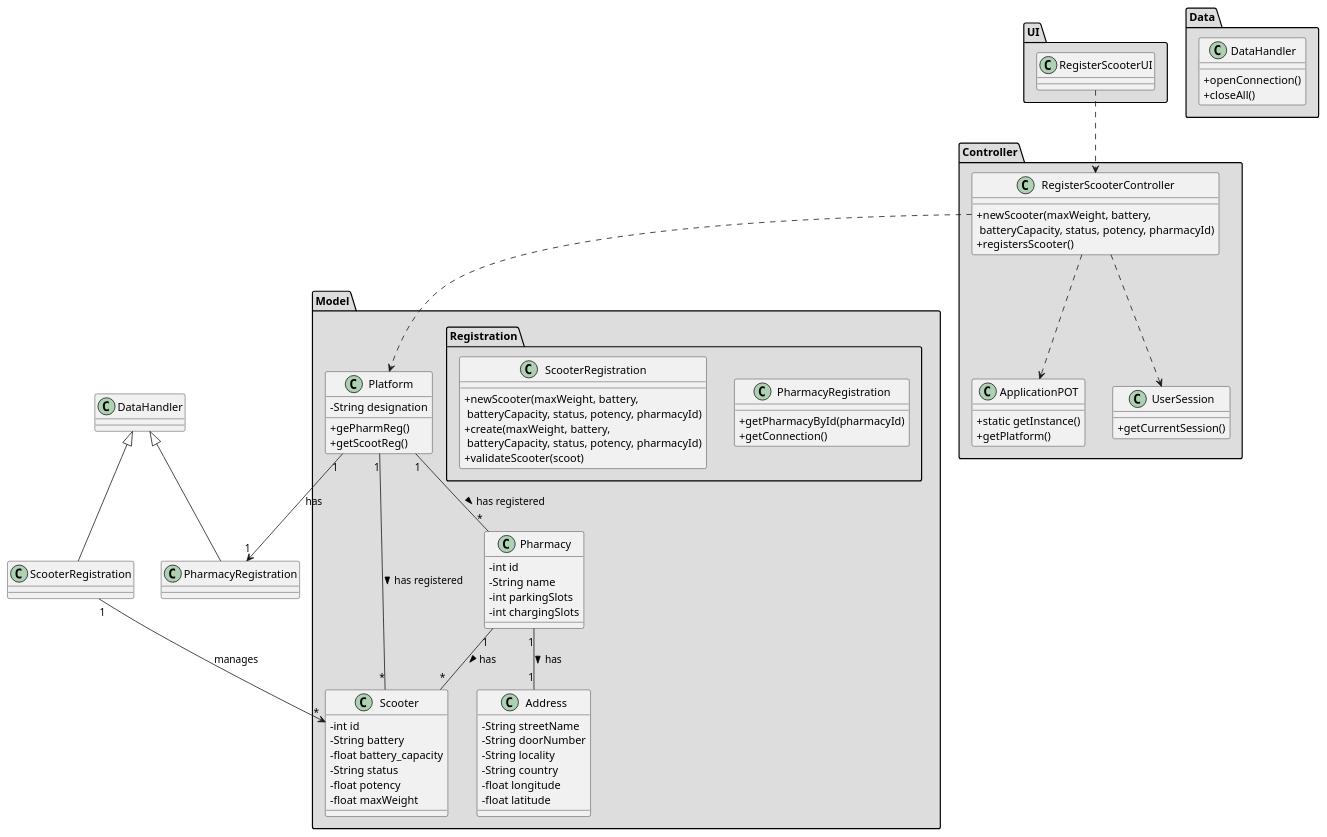
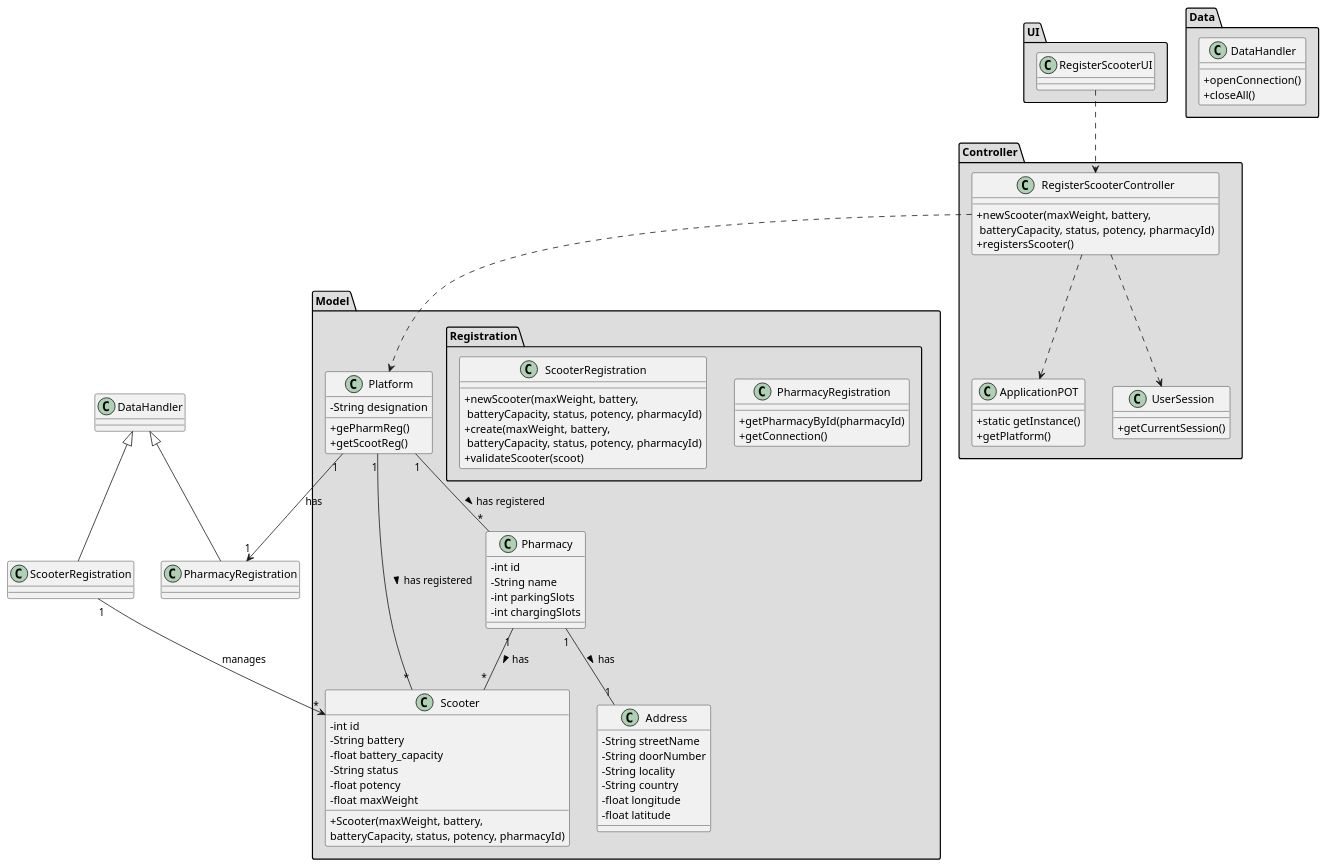
One commit to tiagoavcosta25/LAPR3 changed the diagram in docs/Iteration 1/Scooter Management/US21_RegisterScooter/US21_CD.puml. Above: the diagram before and after it, drawn with PlantUML. The commit also changed 3 other files, not shown here.

```diff
--- a/docs/Iteration 1/Scooter Management/US21_RegisterScooter/US21_CD.puml
+++ b/docs/Iteration 1/Scooter Management/US21_RegisterScooter/US21_CD.puml
@@ -1,102 +1,104 @@
 @startuml
 skinparam classAttributeIconSize 0
 
 package "UI" #DDDDDD {
 class RegisterScooterUI{
 
 }
 }
 
 
 package "Controller" #DDDDDD {
 class RegisterScooterController{
 +newScooter(maxWeight, battery,\n batteryCapacity, status, potency, pharmacyId)
 +registersScooter()
 }
 
 class ApplicationPOT
 {
   +static getInstance()
   +getPlatform()
 }
 
 class UserSession
 {
   +getCurrentSession()
 }
 }
 
 
 package "Model" #DDDDDD {
 class Platform {
   -String designation
   +gePharmReg()
   +getScootReg()
 }
 package "Registration" #DDDDDD {
  class PharmacyRegistration{
      +getPharmacyById(pharmacyId)
      +getConnection()
  }
 
  class ScooterRegistration{
       +newScooter(maxWeight, battery,\n batteryCapacity, status, potency, pharmacyId)
       +create(maxWeight, battery,\n batteryCapacity, status, potency, pharmacyId)
       +validateScooter(scoot)
   }
  }
 }
 
 package "Model" #DDDDDD {
 class Scooter{
   -int id
   -String battery
   -float battery_capacity
   -String status
   -float potency
   -float maxWeight
+  +Scooter(maxWeight, battery,\nbatteryCapacity, status, potency, pharmacyId)
+
 }
 
 class Address{
 -String streetName
 -String doorNumber
 -String locality
 -String country
 -float longitude
 -float latitude
 }
 
 class Pharmacy {
   -int id
   -String name
   -int parkingSlots
   -int chargingSlots
 }
 
 }
 
 
 package "Data" #DDDDDD {
 class DataHandler{
     +openConnection()
     +closeAll()
 }
 }
 
 class PharmacyRegistration extends DataHandler
 class ScooterRegistration extends DataHandler
 
 RegisterScooterUI ..> RegisterScooterController
 RegisterScooterController ..> Platform
 RegisterScooterController ..> ApplicationPOT
 RegisterScooterController ..> UserSession
 Platform "1" --> "1" PharmacyRegistration : has
 ScooterRegistration "1" --> "*" Scooter : manages
 
 Platform "1" -- "*" Pharmacy : has registered >
 Platform "1" -- "*" Scooter : has registered >
 
 Pharmacy "1" -- "*" Scooter : has >
 Pharmacy "1" -- "1" Address : has >
 
 @enduml
```
